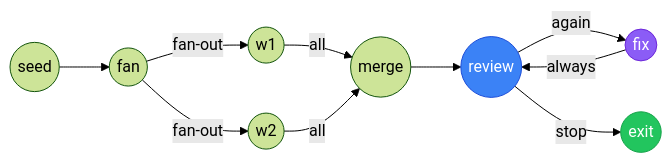
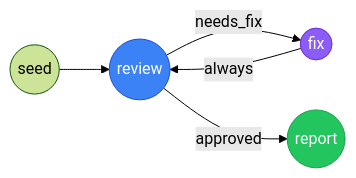
Before and after one commit to Asher0501/Nexus: the second of 3 diagrams in README.md, drawn with Mermaid (forest theme). The commit also changed other lines of this file and 1 other file, not shown here.

````diff
--- a/README.md
+++ b/README.md
@@ -86,16 +126,11 @@
 ```mermaid
 graph LR
-    SEED((seed)) --> FAN((fan))
-    FAN -->|fan-out| W1((w1))
-    FAN -->|fan-out| W2((w2))
-    W1 -->|all| MERGE((merge))
-    W2 -->|all| MERGE
-    MERGE --> REVIEW((review))
-    REVIEW -->|"again"| FIX((fix))
+    SEED((seed)) --> REVIEW((review))
+    REVIEW -->|"needs_fix"| FIX((fix))
     FIX -->|always| REVIEW
-    REVIEW -->|"stop"| EXIT((exit))
+    REVIEW -->|"approved"| REPORT((report))
 
     style REVIEW fill:#3b82f6,stroke:#1d4ed8,color:#fff
     style FIX fill:#8b5cf6,stroke:#6d28d9,color:#fff
-    style EXIT fill:#22c55e,stroke:#16a34a,color:#fff
+    style REPORT fill:#22c55e,stroke:#16a34a,color:#fff
 ```
````
